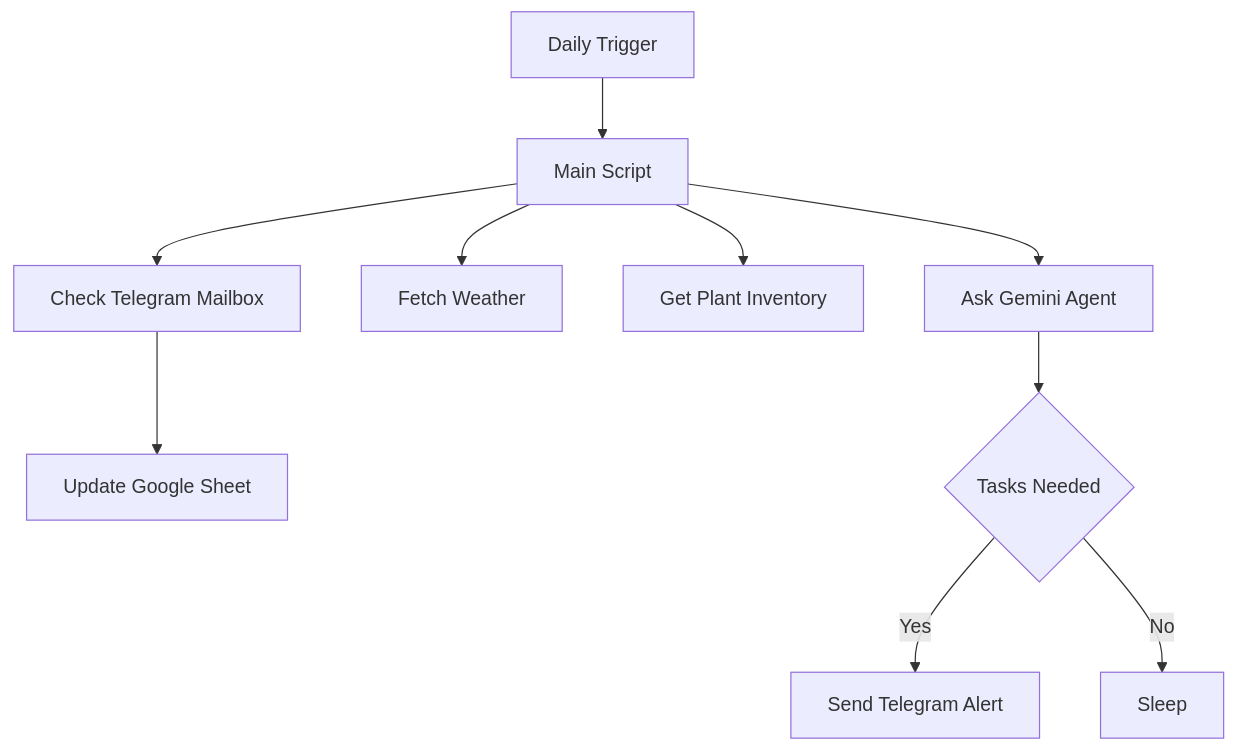
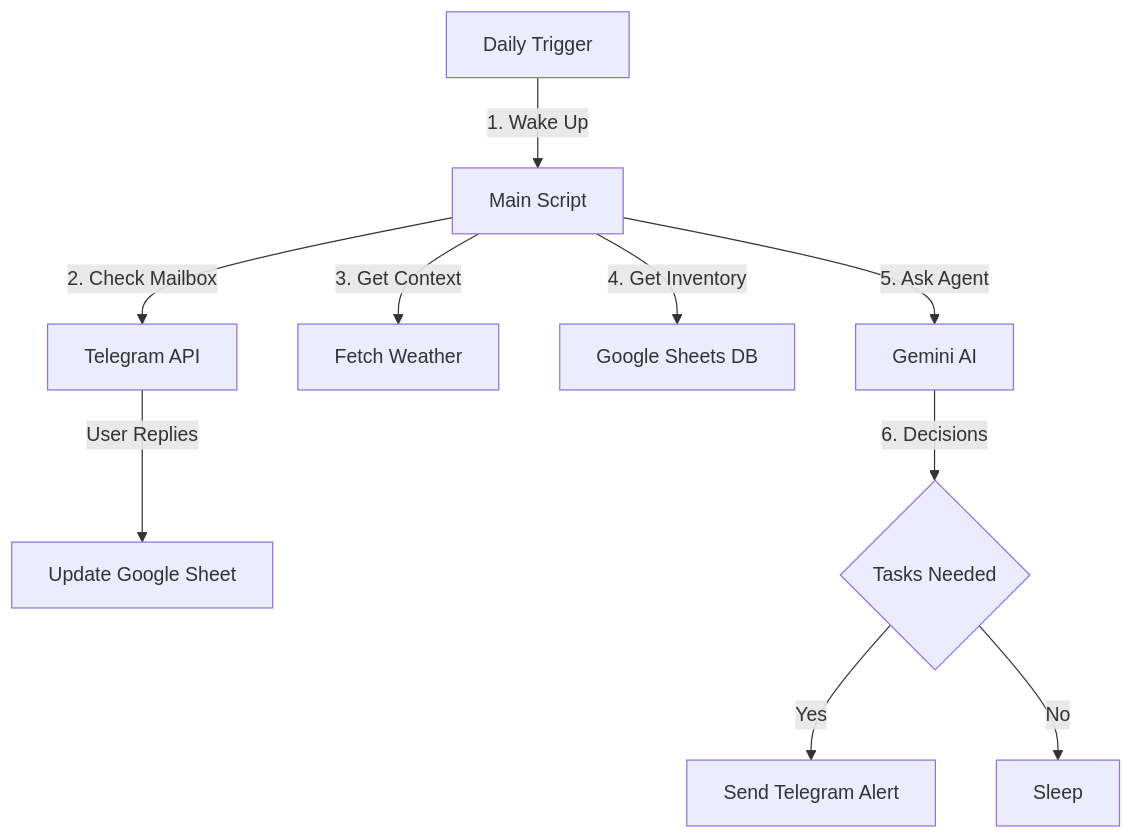
Before and after one commit to aninoy/shakahari: the diagram in README.md, drawn with Mermaid.

Commit message:
readme update

````diff
--- a/README.md
+++ b/README.md
@@ -17,12 +17,12 @@
 ```mermaid
 flowchart TD
-    A[Daily Trigger] --> B[Main Script]
-    B --> C[Check Telegram Mailbox]
-    C --> D[Update Google Sheet]
-    B --> E[Fetch Weather]
-    B --> F[Get Plant Inventory]
-    B --> G[Ask Gemini Agent]
-    G --> H{Tasks Needed}
+    A[Daily Trigger] -->|1. Wake Up| B[Main Script]
+    B -->|2. Check Mailbox| C[Telegram API]
+    C -->|User Replies| D[Update Google Sheet]
+    B -->|3. Get Context| E[Fetch Weather]
+    B -->|4. Get Inventory| F[Google Sheets DB]
+    B -->|5. Ask Agent| G[Gemini AI]
+    G -->|6. Decisions| H{Tasks Needed}
     H -->|Yes| I[Send Telegram Alert]
     H -->|No| J[Sleep]
 ```
````
